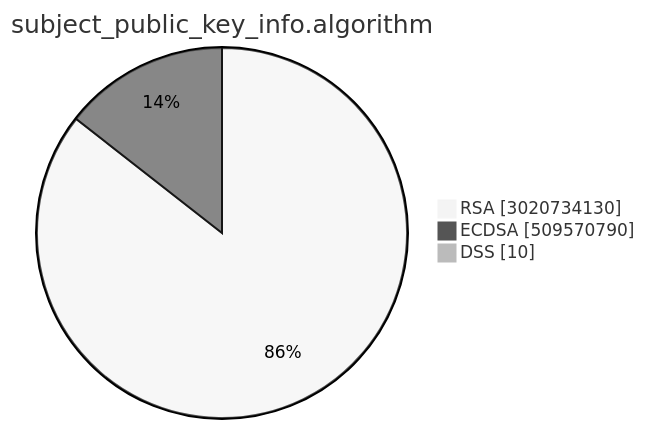
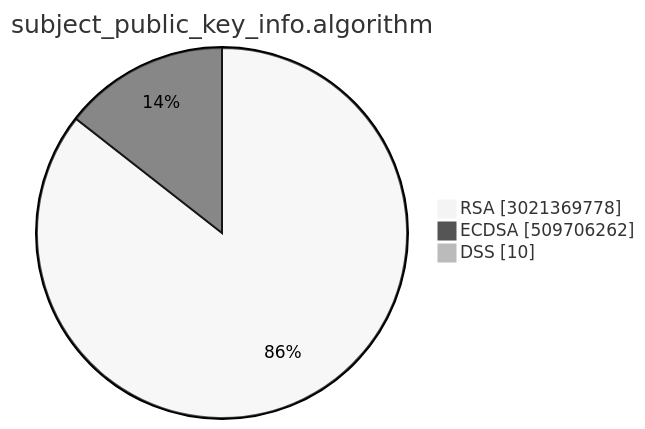
The second of 15 diagrams in TOTAL/README.md (christiankrug/ctmonitor_visualization), drawn with Mermaid (neutral theme) before and after one commit. The commit also changed other lines of this file, not shown here.

````diff
--- a/TOTAL/README.md
+++ b/TOTAL/README.md
@@ -6,7 +6,7 @@
 ```mermaid
 pie showData
 title subject_public_key_info.algorithm
-"RSA" :3020734130
-"ECDSA" :509570790
+"RSA" :3021369778
+"ECDSA" :509706262
 "DSS" :10
 ```
````
